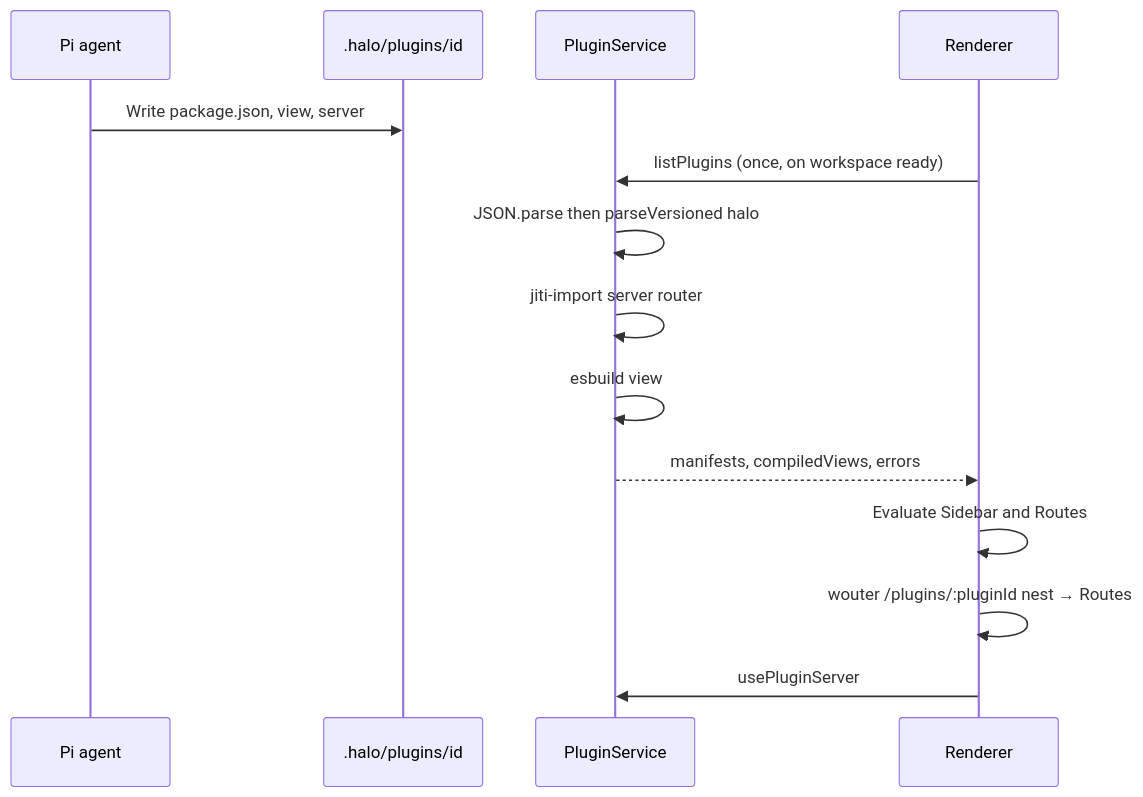
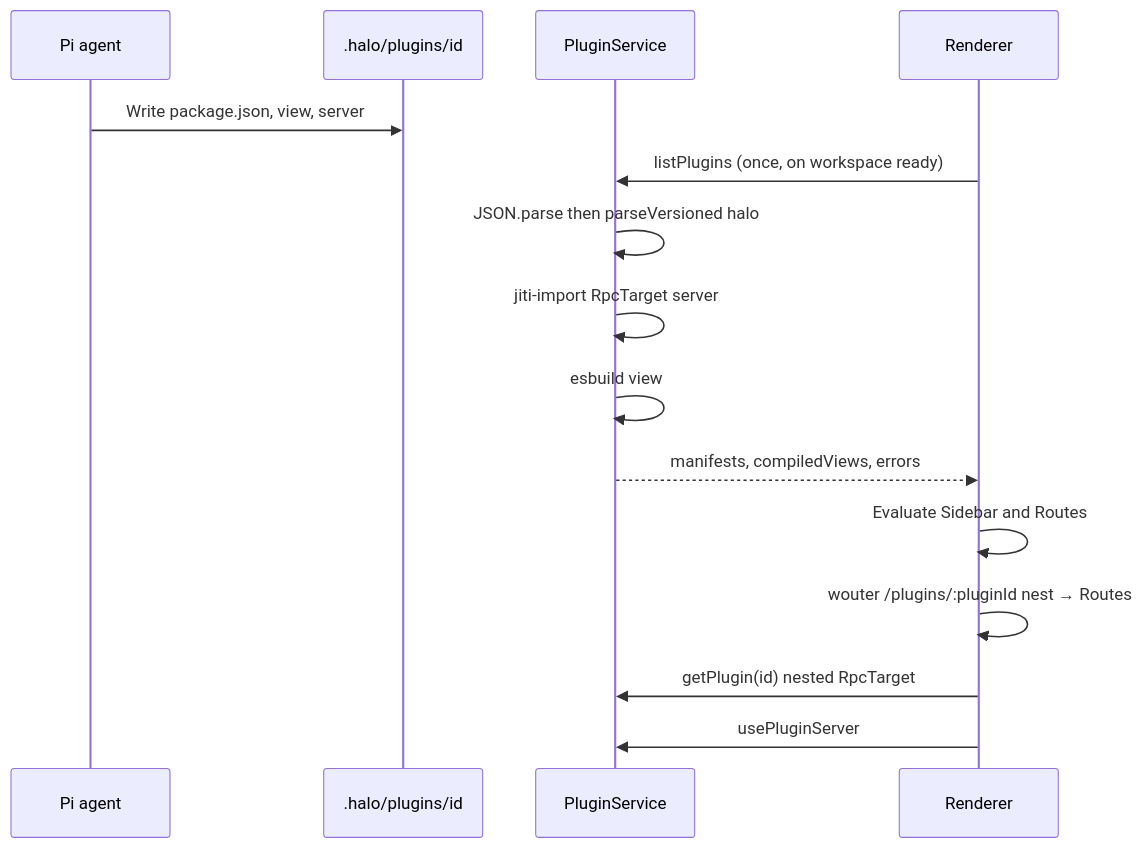
The second of 2 diagrams in specs/plugin-system.md (tanishqkancharla/halo-v2), drawn with Mermaid before and after one commit. The commit also changed other lines of this file and 18 other files, not shown here.

First line of the commit message:
Nest plugin servers as Cap'n Web RpcTargets on HaloApi.

````diff
--- a/specs/plugin-system.md
+++ b/specs/plugin-system.md
@@ -21,17 +21,18 @@
 ```mermaid
 sequenceDiagram
     participant Agent as Pi agent
     participant Disk as .halo/plugins/id
     participant Main as PluginService
     participant UI as Renderer
 
     Agent->>Disk: Write package.json, view, server
     UI->>Main: listPlugins (once, on workspace ready)
     Main->>Main: JSON.parse then parseVersioned halo
-    Main->>Main: jiti-import server router
+    Main->>Main: jiti-import RpcTarget server
     Main->>Main: esbuild view
     Main-->>UI: manifests, compiledViews, errors
     UI->>UI: Evaluate Sidebar and Routes
     UI->>UI: wouter /plugins/:pluginId nest → Routes
+    UI->>Main: getPlugin(id) nested RpcTarget
     UI->>Main: usePluginServer
 ```
````
